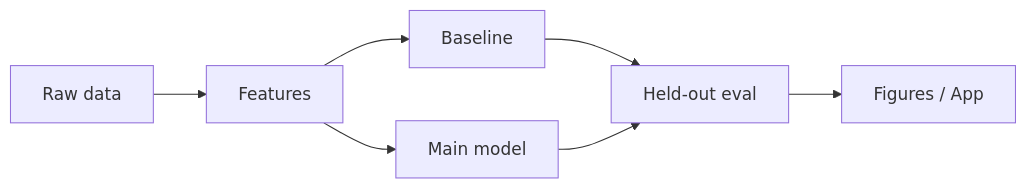
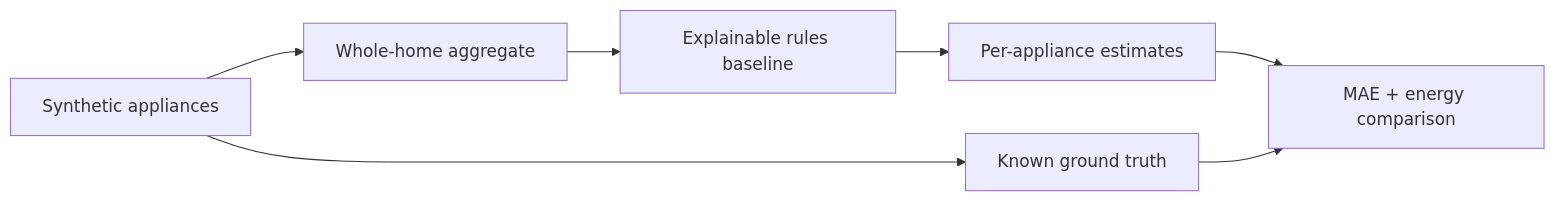
One commit to divyantpratap/appliance-energy-disaggregation changed the diagram in README.md. Above: the diagram before and after it, drawn with Mermaid. The commit also changed other lines of this file and 6 other files, not shown here.

````diff
--- a/README.md
+++ b/README.md
@@ -30,9 +28,9 @@
 ```mermaid
 flowchart LR
-  A[Raw data] --> B[Features]
-  B --> C[Baseline]
-  B --> D[Main model]
-  C --> E[Held-out eval]
-  D --> E
-  E --> F[Figures / App]
+  A[Synthetic appliances] --> B[Whole-home aggregate]
+  B --> C[Explainable rules baseline]
+  C --> D[Per-appliance estimates]
+  A --> E[Known ground truth]
+  D --> F[MAE + energy comparison]
+  E --> F
 ```
````
